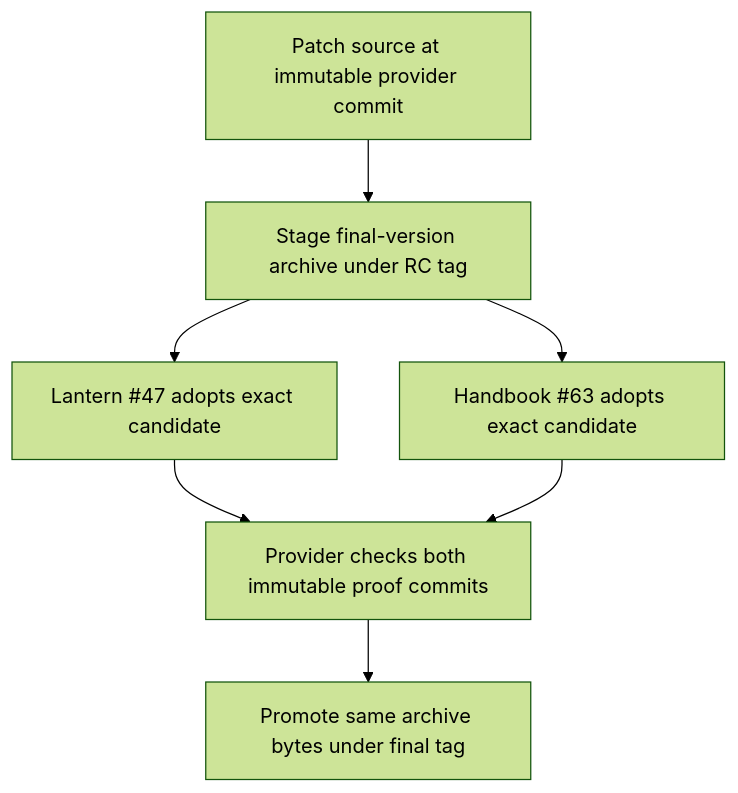
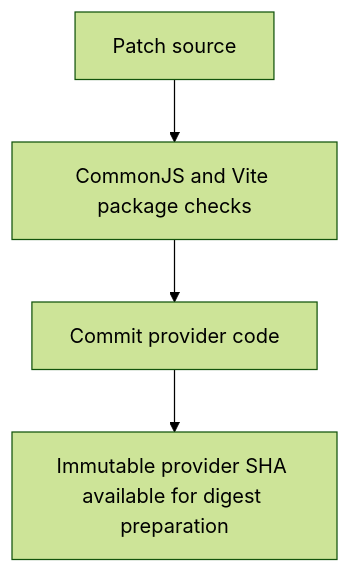
One commit to RebelliousSmile/schema-pbta changed the first of 2 diagrams in aidd_docs/tasks/2026_09/2026_09_25_safe_browser_asset_export/phase-4.md. Above: the diagram before and after it, drawn with Mermaid (forest theme). The commit also changed other lines of this file and 11 other files, not shown here.

````diff
--- a/aidd_docs/tasks/2026_09/2026_09_25_safe_browser_asset_export/phase-4.md
+++ b/aidd_docs/tasks/2026_09/2026_09_25_safe_browser_asset_export/phase-4.md
@@ -27,9 +24,6 @@
 ```mermaid
 flowchart TD
-  A[Patch source at immutable provider commit] --> B[Stage final-version archive under RC tag]
-  B --> C[Lantern #47 adopts exact candidate]
-  B --> D[Handbook #63 adopts exact candidate]
-  C --> E[Provider checks both immutable proof commits]
-  D --> E
-  E --> F[Promote same archive bytes under final tag]
+  A[Patch source] --> B[CommonJS and Vite package checks]
+  B --> C[Commit provider code]
+  C --> D[Immutable provider SHA available for digest preparation]
 ```
````
